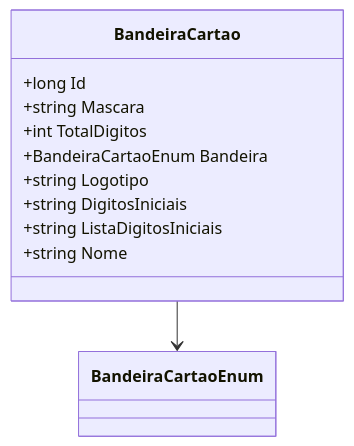
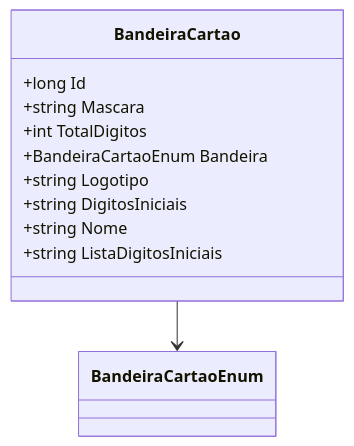
One commit to IsthmusSistemas/documentacao-tecnica changed the diagram in docs/b2b-dominio/IsthmusWinthor.Nucleo/IsthmusWinthor.Dominio/Entidades/BandeiraCartao.md. Above: the diagram before and after it, drawn with Mermaid. The commit also changed other lines of this file and 882 other files, not shown here.

````diff
--- a/docs/b2b-dominio/IsthmusWinthor.Nucleo/IsthmusWinthor.Dominio/Entidades/BandeiraCartao.md
+++ b/docs/b2b-dominio/IsthmusWinthor.Nucleo/IsthmusWinthor.Dominio/Entidades/BandeiraCartao.md
@@ -28,14 +20,14 @@
 ```mermaid
 classDiagram
     class BandeiraCartao {
         +long Id
         +string Mascara
         +int TotalDigitos
         +BandeiraCartaoEnum Bandeira
         +string Logotipo
         +string DigitosIniciais
+        +string Nome
         +string ListaDigitosIniciais
-        +string Nome
     }
     BandeiraCartao --> BandeiraCartaoEnum
 ```
````
